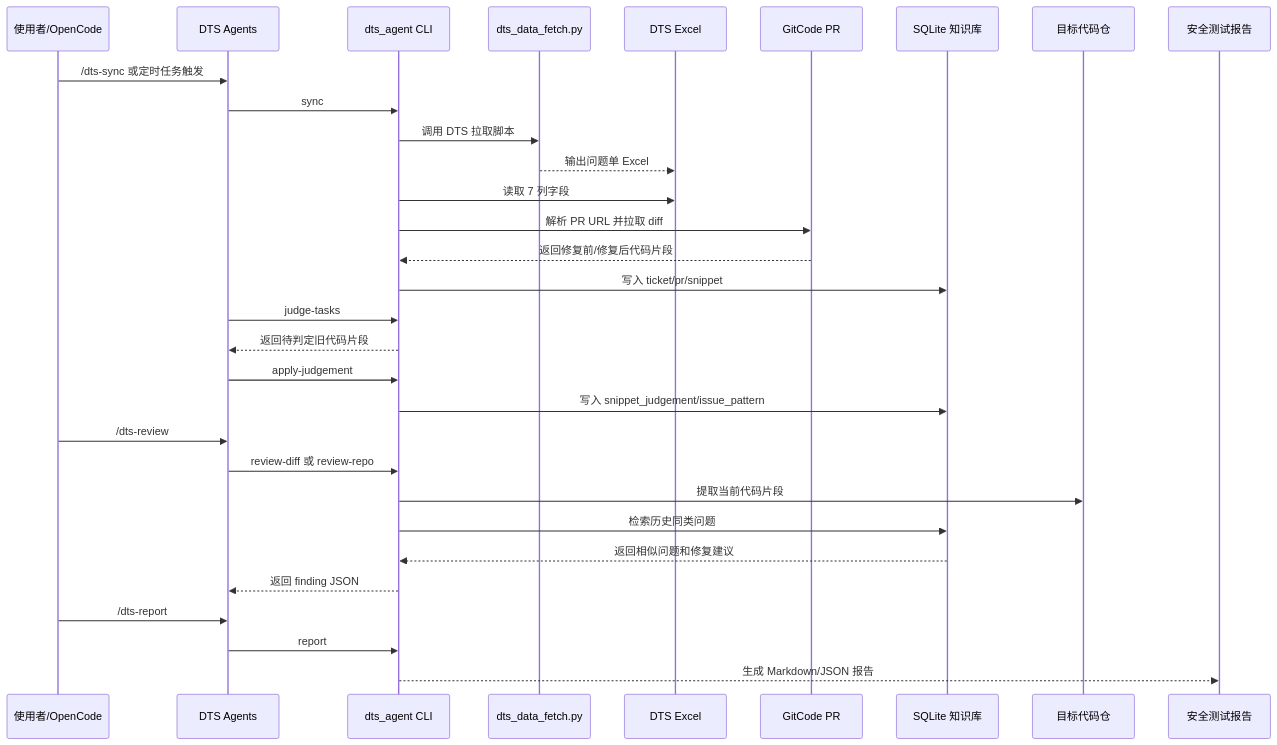
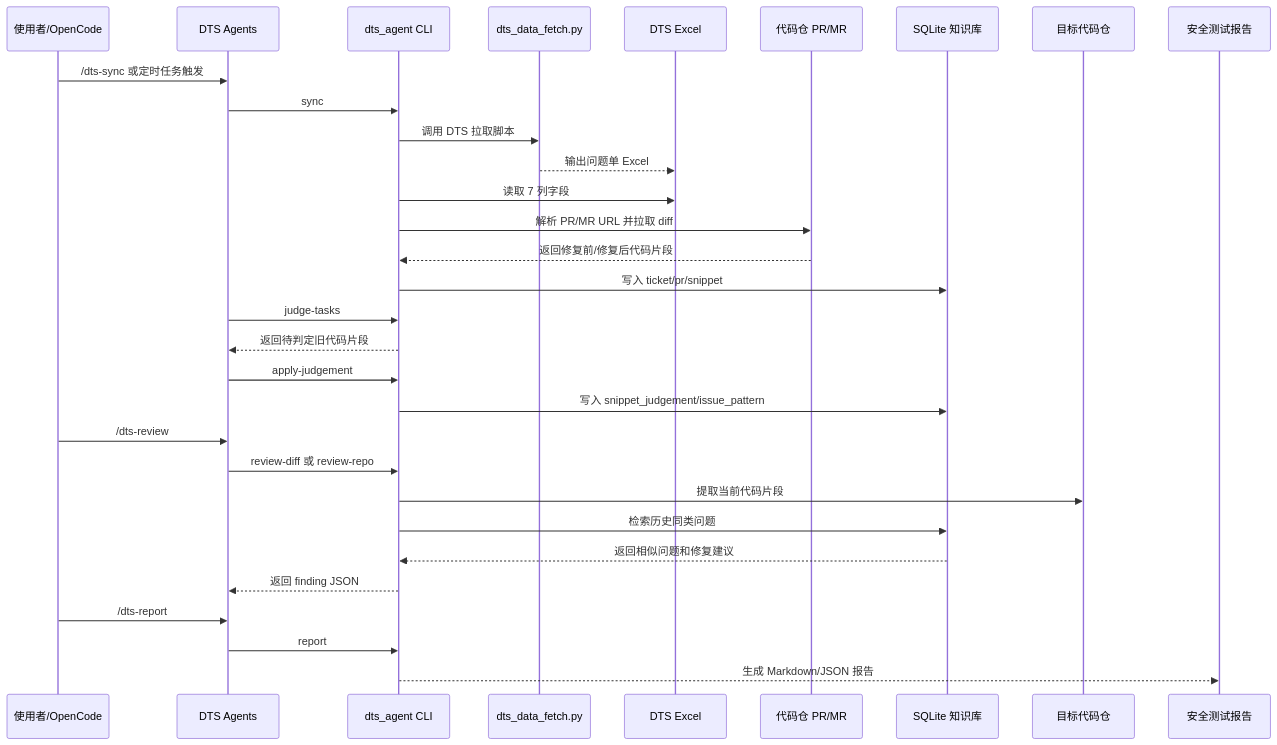
The diagram in README.md (HHHHFJ/DTS_agent), drawn with Mermaid before and after one commit. The commit also changed other lines of this file and 16 other files, not shown here.

````diff
--- a/README.md
+++ b/README.md
@@ -17,34 +17,34 @@
 ```mermaid
 sequenceDiagram
   participant User as 使用者/OpenCode
   participant Agent as DTS Agents
   participant CLI as dts_agent CLI
   participant Fetch as dts_data_fetch.py
   participant Excel as DTS Excel
-  participant GitCode as GitCode PR
+  participant CodeRepo as 代码仓 PR/MR
   participant KB as SQLite 知识库
   participant Repo as 目标代码仓
   participant Report as 安全测试报告
 
   User->>Agent: /dts-sync 或定时任务触发
   Agent->>CLI: sync
   CLI->>Fetch: 调用 DTS 拉取脚本
   Fetch-->>Excel: 输出问题单 Excel
   CLI->>Excel: 读取 7 列字段
-  CLI->>GitCode: 解析 PR URL 并拉取 diff
-  GitCode-->>CLI: 返回修复前/修复后代码片段
+  CLI->>CodeRepo: 解析 PR/MR URL 并拉取 diff
+  CodeRepo-->>CLI: 返回修复前/修复后代码片段
   CLI->>KB: 写入 ticket/pr/snippet
   Agent->>CLI: judge-tasks
   CLI-->>Agent: 返回待判定旧代码片段
   Agent->>CLI: apply-judgement
   CLI->>KB: 写入 snippet_judgement/issue_pattern
   User->>Agent: /dts-review
   Agent->>CLI: review-diff 或 review-repo
   CLI->>Repo: 提取当前代码片段
   CLI->>KB: 检索历史同类问题
   KB-->>CLI: 返回相似问题和修复建议
   CLI-->>Agent: 返回 finding JSON
   User->>Agent: /dts-report
   Agent->>CLI: report
   CLI-->>Report: 生成 Markdown/JSON 报告
 ```
````
